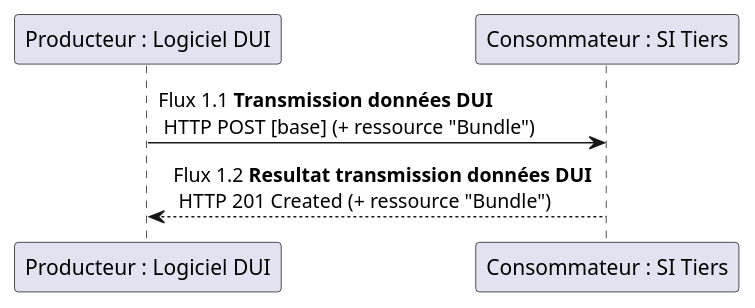
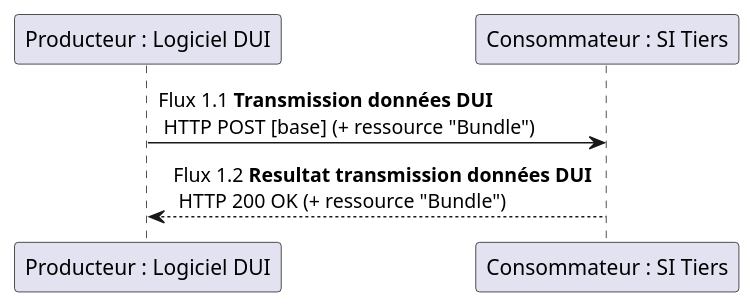
One commit to ansforge/IG-fhir-medicosocial-transfert-donnees-dui changed the diagram in input/images-source/flux1.plantuml. Above: the diagram before and after it, drawn with PlantUML. The commit also changed 2 other files, not shown here.

Commit message:
Correction flux 1

```diff
--- a/input/images-source/flux1.plantuml
+++ b/input/images-source/flux1.plantuml
@@ -1,5 +1,5 @@
 @startuml
 
 "Producteur : Logiciel DUI" -> "Consommateur : SI Tiers" : Flux 1.1 **Transmission données DUI** \n HTTP POST [base] (+ ressource "Bundle")
-"Producteur : Logiciel DUI" <-- "Consommateur : SI Tiers" : Flux 1.2 **Resultat transmission données DUI** \n HTTP 201 Created (+ ressource "Bundle")
+"Producteur : Logiciel DUI" <-- "Consommateur : SI Tiers" : Flux 1.2 **Resultat transmission données DUI** \n HTTP 200 OK (+ ressource "Bundle")
 @enduml
```
